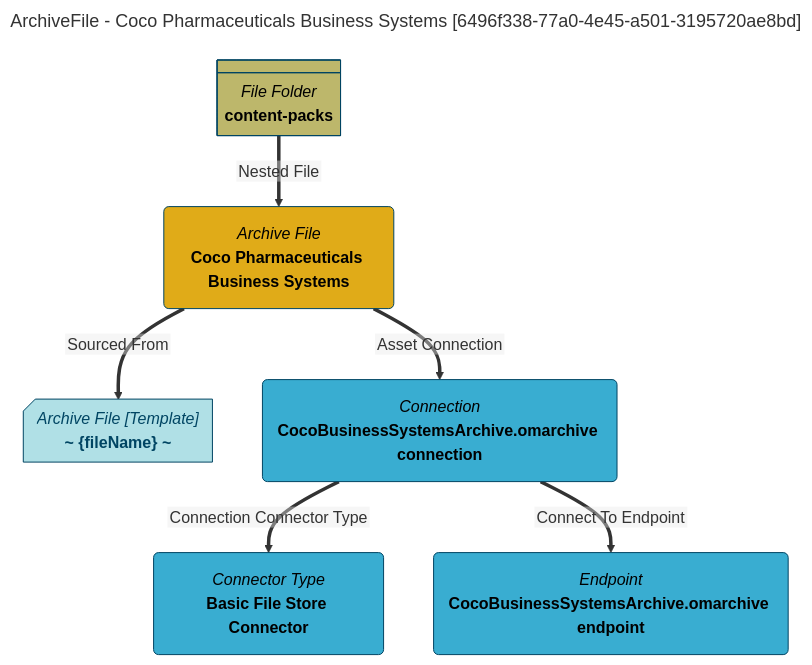
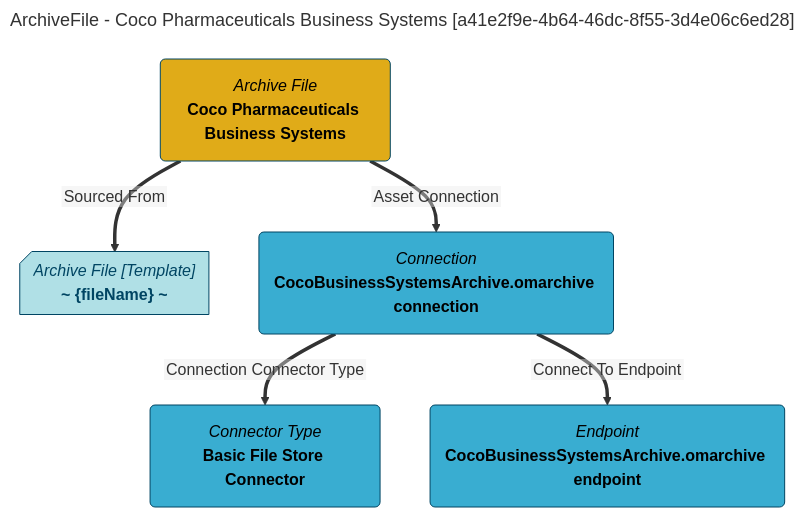
One commit to odpi/egeria-docs changed the diagram in site/snippets/data-assets/coco-pharmaceuticals-business-systems-mermaid-graph.md. Above: the diagram before and after it, drawn with Mermaid. The commit also changed 2201 other files, not shown here.

````diff
--- a/site/snippets/data-assets/coco-pharmaceuticals-business-systems-mermaid-graph.md
+++ b/site/snippets/data-assets/coco-pharmaceuticals-business-systems-mermaid-graph.md
@@ -1,31 +1,27 @@
 ```mermaid
 ---
-title: ArchiveFile - Coco Pharmaceuticals Business Systems [6496f338-77a0-4e45-a501-3195720ae8bd]
+title: ArchiveFile - Coco Pharmaceuticals Business Systems [a41e2f9e-4b64-46dc-8f55-3d4e06c6ed28]
 ---
 flowchart TD
 %%{init: {"flowchart": {"htmlLabels": false}} }%%
 
 1@{ shape: rounded, label: "*Archive File*
 **Coco Pharmaceuticals Business Systems**"}
 2@{ shape: card, label: "*Archive File [Template]*
 **~ {fileName} ~**"}
 1==>|"Sourced From"|2
 3@{ shape: rounded, label: "*Connection*
 **CocoBusinessSystemsArchive.omarchive connection**"}
 1==>|"Asset Connection"|3
 4@{ shape: rounded, label: "*Connector Type*
 **Basic File Store Connector**"}
 3==>|"Connection Connector Type"|4
 5@{ shape: rounded, label: "*Endpoint*
 **CocoBusinessSystemsArchive.omarchive endpoint**"}
 3==>|"Connect To Endpoint"|5
-6@{ shape: div-rect, label: "*File Folder*
-**content-packs**"}
-6==>|"Nested File"|1
 style 1 color:#000000, fill:#e0ab18, stroke:#004563
 style 2 color:#004563, fill:#b0e0e6, stroke:#004563
 style 3 color:#000000, fill:#39add1, stroke:#004563
 style 4 color:#000000, fill:#39add1, stroke:#004563
 style 5 color:#000000, fill:#39add1, stroke:#004563
-style 6 color:#000000, fill:#bdb76b, stroke:#004563
 ```
````
